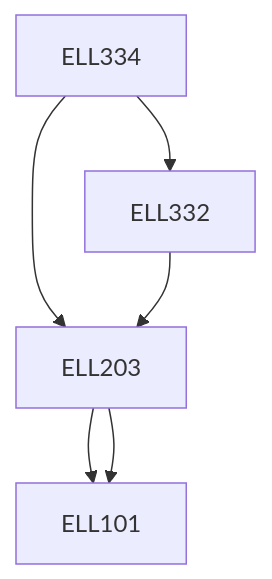
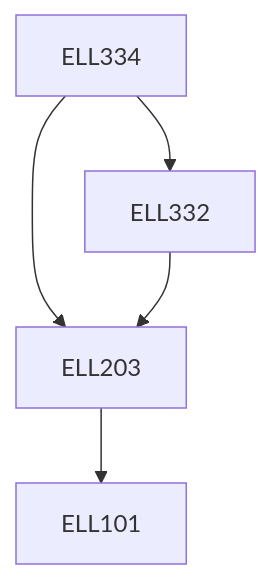
The diagram in content/Electrical Engineering/ELL334.md (KeshavBansal0122/CoS_Website), drawn with Mermaid before and after one commit. The commit also changed other lines of this file and 2667 other files, not shown here.

````diff
--- a/content/Electrical Engineering/ELL334.md
+++ b/content/Electrical Engineering/ELL334.md
@@ -15,8 +13,11 @@
 ```mermaid
-graph TD
-ELL334 --> ELL203
-ELL203 --> ELL101
-ELL334 --> ELL332
-ELL332 --> ELL203
-ELL203 --> ELL101
+flowchart TD
+ELL334-323[ELL334]
+ELL334-323 --> ELL203-323[ELL203]
+ELL203-323 --> ELL101-323[ELL101]
+ELL334-323 --> ELL332-323[ELL332]
+ELL332-323 --> ELL203-323[ELL203]
+
+classDef empty height:17px, fill:transparent, stroke:transparent;
+classDef trueEmpty height:0px, width:0px;
 ```
````
